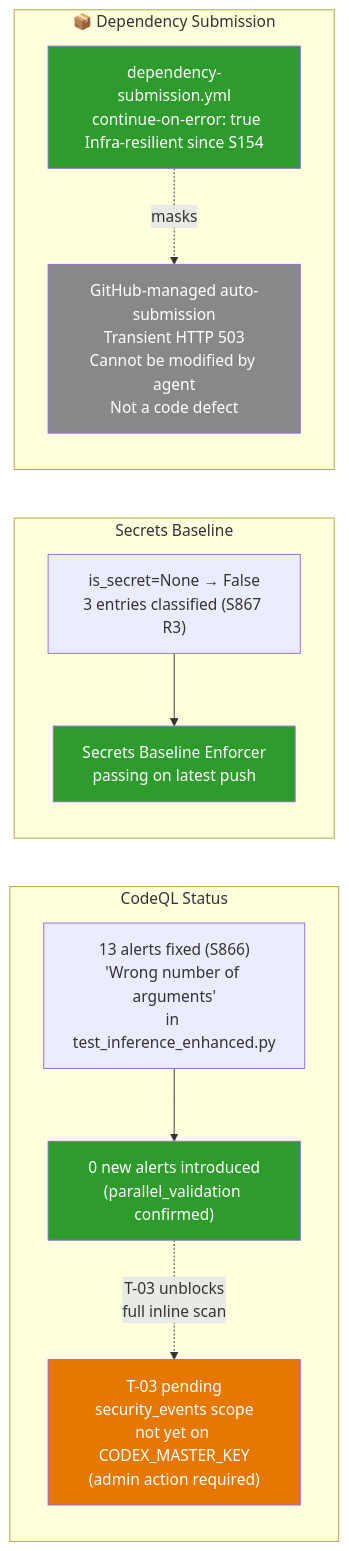
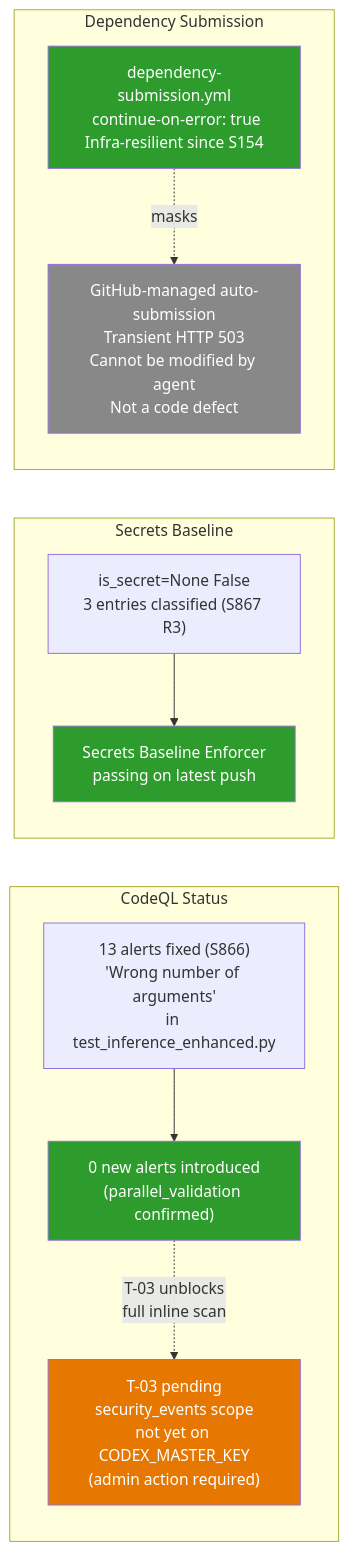
One commit to Aries-Serpent/_codex_ changed the third of 9 diagrams in docs/plans/PR4356_session_diagram.md. Above: the diagram before and after it, drawn with Mermaid. The commit also changed other lines of this file and 4117 other files, not shown here.

````diff
--- a/docs/plans/PR4356_session_diagram.md
+++ b/docs/plans/PR4356_session_diagram.md
@@ -123,30 +127,32 @@
 ```mermaid
 %%{init: {'accessibility': {'title': 'Flowchart showing " CodeQL Status", "13 alerts fixed (S866)\n'Wrong number of arguments'\nin test_inference_enhanced.py"'}}%%
+
 graph LR
-    subgraph CODEQL[" CodeQL Status"]
-        A1["13 alerts fixed (S866)\n'Wrong number of arguments'\nin test_inference_enhanced.py"]
-        A2["0 new alerts introduced\n(parallel_validation confirmed)"]
-        A3["T-03 pending\nsecurity_events scope\nnot yet on CODEX_MASTER_KEY\n(admin action required)"]
-    end
+ subgraph CODEQL[" CodeQL Status"]
+ A1["13 alerts fixed (S866)\n'Wrong number of arguments'\nin test_inference_enhanced.py"]
+ A2["0 new alerts introduced\n(parallel_validation confirmed)"]
+ A3["T-03 pending\nsecurity_events scope\nnot yet on CODEX_MASTER_KEY\n(admin action required)"]
+ end
 
-    subgraph SECRETS[" Secrets Baseline"]
-        S1["is_secret=None → False\n3 entries classified (S867 R3)"]
-        S2["Secrets Baseline Enforcer\n passing on latest push"]
-    end
+ subgraph SECRETS[" Secrets Baseline"]
+ S1["is_secret=None False\n3 entries classified (S867 R3)"]
+ S2["Secrets Baseline Enforcer\n passing on latest push"]
+ end
 
-    subgraph DEPS["📦 Dependency Submission"]
-        D1["dependency-submission.yml\n continue-on-error: true\nInfra-resilient since S154"]
-        D2["GitHub-managed auto-submission\nTransient HTTP 503\nCannot be modified by agent\nNot a code defect"]
-    end
+ subgraph DEPS[" Dependency Submission"]
+ D1["dependency-submission.yml\n continue-on-error: true\nInfra-resilient since S154"]
+ D2["GitHub-managed auto-submission\nTransient HTTP 503\nCannot be modified by agent\nNot a code defect"]
+ end
 
-    A1 --> A2
-    A2 -.->|"T-03 unblocks\nfull inline scan"| A3
-    S1 --> S2
-    D1 -.->|"masks"| D2
+ A1 --> A2
+ A2 -.->|"T-03 unblocks\nfull inline scan"| A3
 
-    style A2 fill:#2d9c2d,color:#fff
-    style S2 fill:#2d9c2d,color:#fff
-    style D1 fill:#2d9c2d,color:#fff
-    style A3 fill:#e67700,color:#fff
-    style D2 fill:#888,color:#fff
+ S1 --> S2
+ D1 -.->|"masks"| D2
+
+ style A2 fill:#2d9c2d,color:#fff
+ style S2 fill:#2d9c2d,color:#fff
+ style D1 fill:#2d9c2d,color:#fff
+ style A3 fill:#e67700,color:#fff
+ style D2 fill:#888,color:#fff
 ```
````
